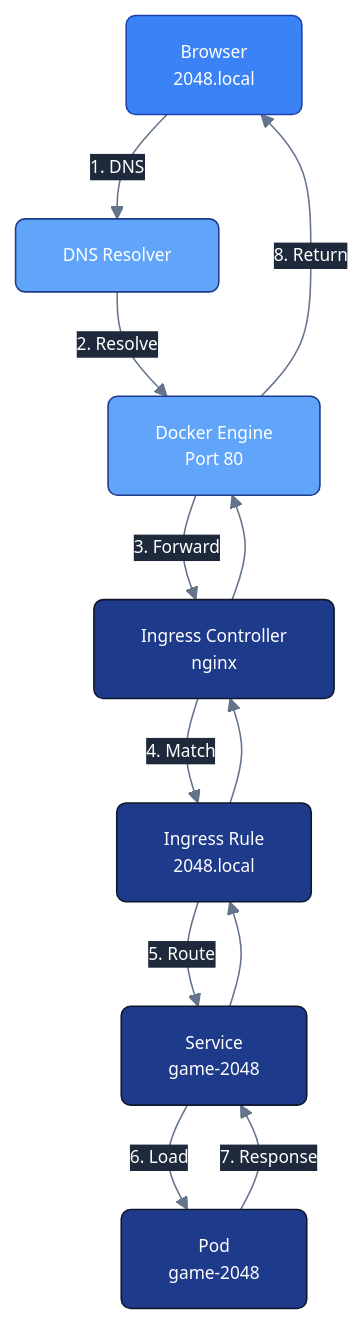
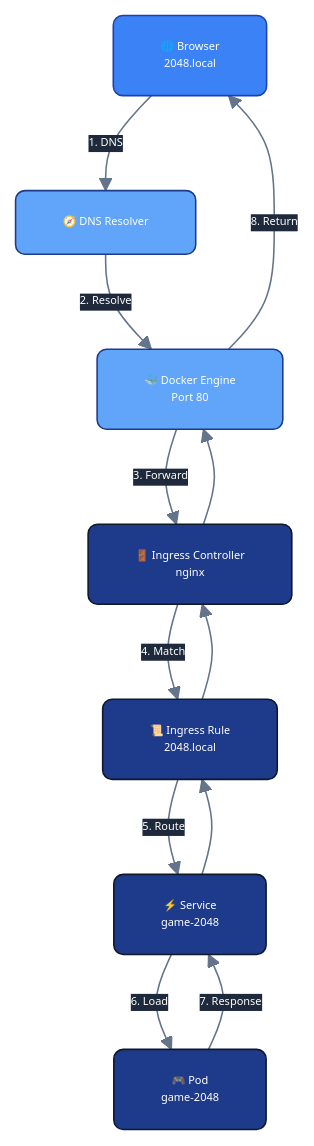
One commit to kadirariklar/game-2048-for-k8s changed the second of 2 diagrams in README.md. Above: the diagram before and after it, drawn with Mermaid.

Commit message:
Edited mermaid diagram.

````diff
--- a/README.md
+++ b/README.md
@@ -562,43 +562,44 @@
 ```mermaid
 %%{init: {
   "theme": "base",
   "themeVariables": {
     "primaryColor": "#2563EB",
     "primaryTextColor": "#FFFFFF",
     "primaryBorderColor": "#1E40AF",
     "clusterBkg": "#0F172A",
     "clusterBorder": "#1E293B",
     "edgeLabelBackground": "#1E293B",
     "lineColor": "#64748B",
     "fontFamily": "Inter, sans-serif",
-    "fontSize": "11px"
+    "fontSize": "7px"
   }
 }}%%
 flowchart TD
-    Browser["Browser<br/>2048.local"]:::client
-    DNS["DNS Resolver"]:::infra
-    Docker["Docker Engine<br/>Port 80"]:::infra
-    Ingress["Ingress Controller<br/>nginx"]:::k8s
-    Rule["Ingress Rule<br/>2048.local"]:::k8s
-    Service["Service<br/>game-2048"]:::k8s
-    Pod["Pod<br/>game-2048"]:::k8s
+    Browser["🌐 Browser<br/>2048.local"]:::client
+    DNS["🧭 DNS Resolver"]:::infra
+    Docker["🐳 Docker Engine<br/>Port 80"]:::infra
+    Ingress["🚪 Ingress Controller<br/>nginx"]:::k8s
+    Rule["📜 Ingress Rule<br/>2048.local"]:::k8s
+    Service["⚡ Service<br/>game-2048"]:::k8s
+    Pod["🎮 Pod<br/>game-2048"]:::k8s
 
     %% Vertical flow
     Browser -->|"1. DNS"| DNS
     DNS -->|"2. Resolve"| Docker
     Docker -->|"3. Forward"| Ingress
     Ingress -->|"4. Match"| Rule
     Rule -->|"5. Route"| Service
     Service -->|"6. Load"| Pod
     Pod -->|"7. Response"| Service
     Service --> Rule
     Rule --> Ingress
     Ingress --> Docker
     Docker -->|"8. Return"| Browser
 
     %% Style
     classDef client fill:#3B82F6,stroke:#1E40AF,color:#FFFFFF,rx:6,ry:6,stroke-width:1px;
     classDef infra fill:#60A5FA,stroke:#1E3A8A,color:#FFFFFF,rx:6,ry:6,stroke-width:1px;
     classDef k8s fill:#1E3A8A,stroke:#0F172A,color:#FFFFFF,rx:6,ry:6,stroke-width:1px;
 
+
 ```
````
